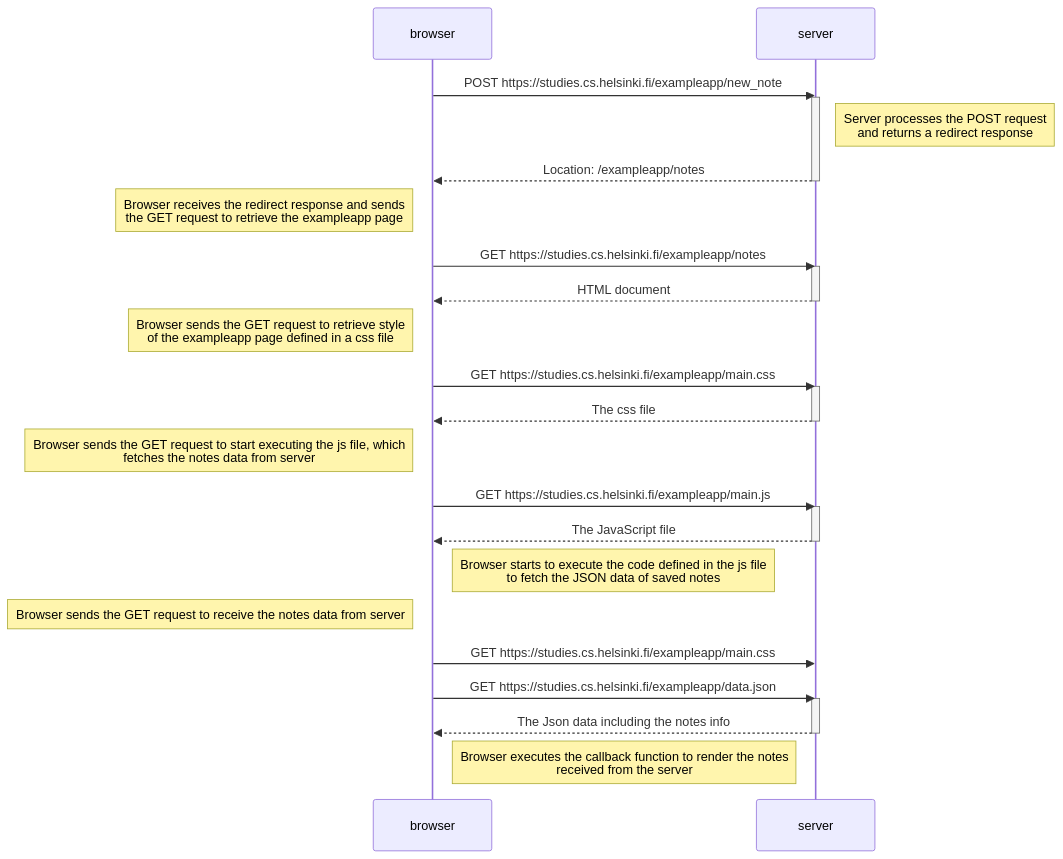
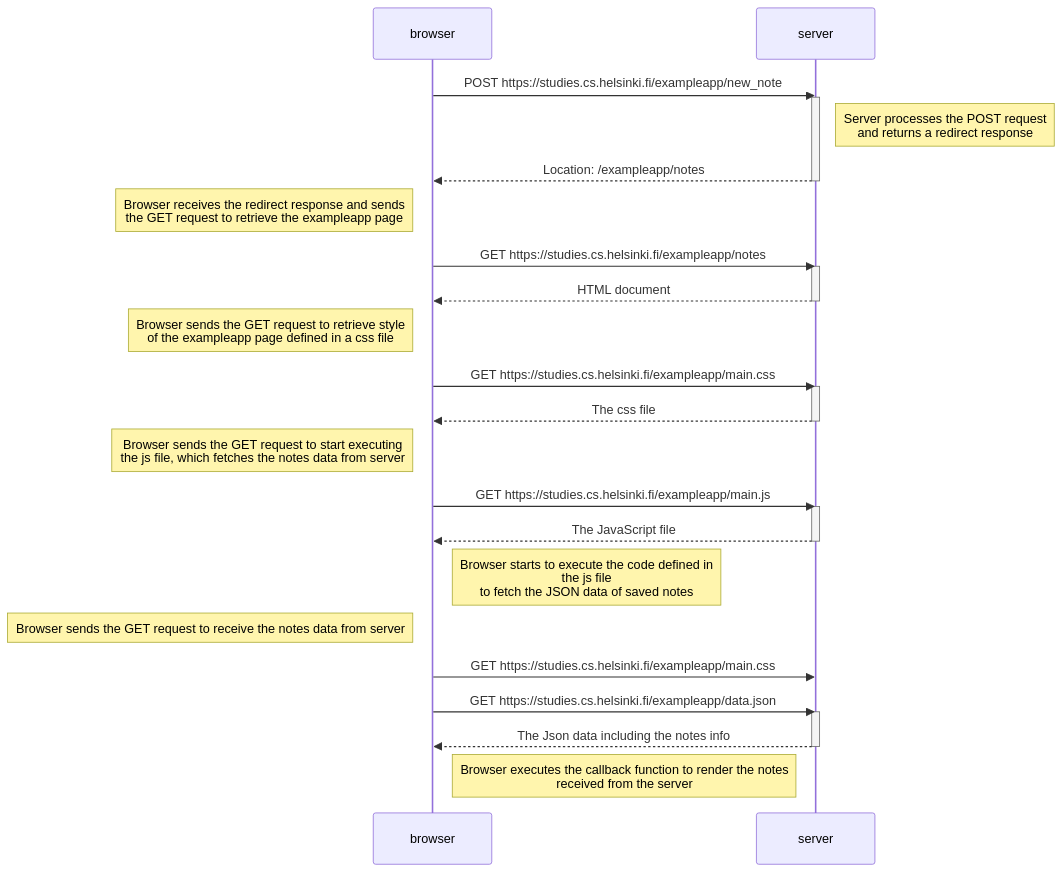
One commit to oskarioksanen/fullstack_open_palautusrepo changed the diagram in osa0/uusi_muistiinpano_kaavio.md. Above: the diagram before and after it, drawn with Mermaid.

````diff
--- a/osa0/uusi_muistiinpano_kaavio.md
+++ b/osa0/uusi_muistiinpano_kaavio.md
@@ -3,41 +3,41 @@
 ```mermaid
 sequenceDiagram
     participant browser
     participant server
 
     browser->>server: POST https://studies.cs.helsinki.fi/exampleapp/new_note
     activate server
 
     Note right of server: Server processes the POST request<br/>and returns a redirect response
 
     server-->>browser: Location: /exampleapp/notes
     deactivate server
     
     Note left of browser: Browser receives the redirect response and sends<br/>the GET request to retrieve the exampleapp page
     browser->>server: GET https://studies.cs.helsinki.fi/exampleapp/notes
     activate server
     server-->>browser: HTML document
     deactivate server
 
     Note left of browser: Browser sends the GET request to retrieve style<br/>of the exampleapp page defined in a css file
     browser->>server: GET https://studies.cs.helsinki.fi/exampleapp/main.css
     activate server
     server-->>browser: The css file
     deactivate server
 
-    Note left of browser: Browser sends the GET request to start executing the js file, which<br/>fetches the notes data from server
+    Note left of browser: Browser sends the GET request to start executing<br/>the js file, which fetches the notes data from server
     browser->>server: GET https://studies.cs.helsinki.fi/exampleapp/main.js
     activate server
     server-->>browser: The JavaScript file
     deactivate server
-    Note right of browser: Browser starts to execute the code defined in the js file<br/>to fetch the JSON data of saved notes
+    Note right of browser: Browser starts to execute the code defined in<br/>the js file<br/>to fetch the JSON data of saved notes
 
     Note left of browser: Browser sends the GET request to receive the notes data from server
     browser->>server: GET https://studies.cs.helsinki.fi/exampleapp/main.css
     browser->>server: GET https://studies.cs.helsinki.fi/exampleapp/data.json
     activate server
     server-->>browser: The Json data including the notes info
     deactivate server
     Note right of browser: Browser executes the callback function to render the notes<br/>received from the server
 
 ```
````
